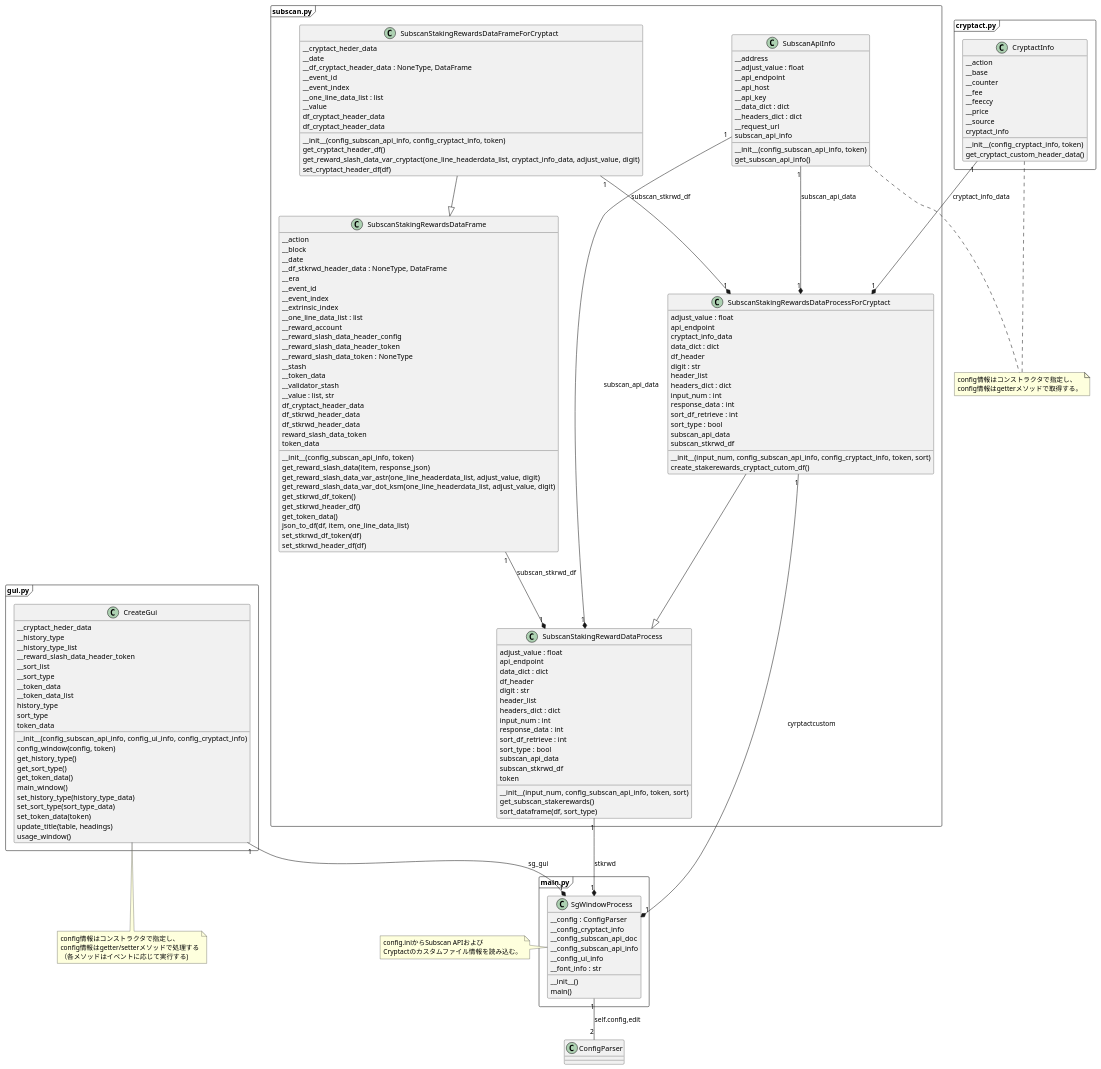
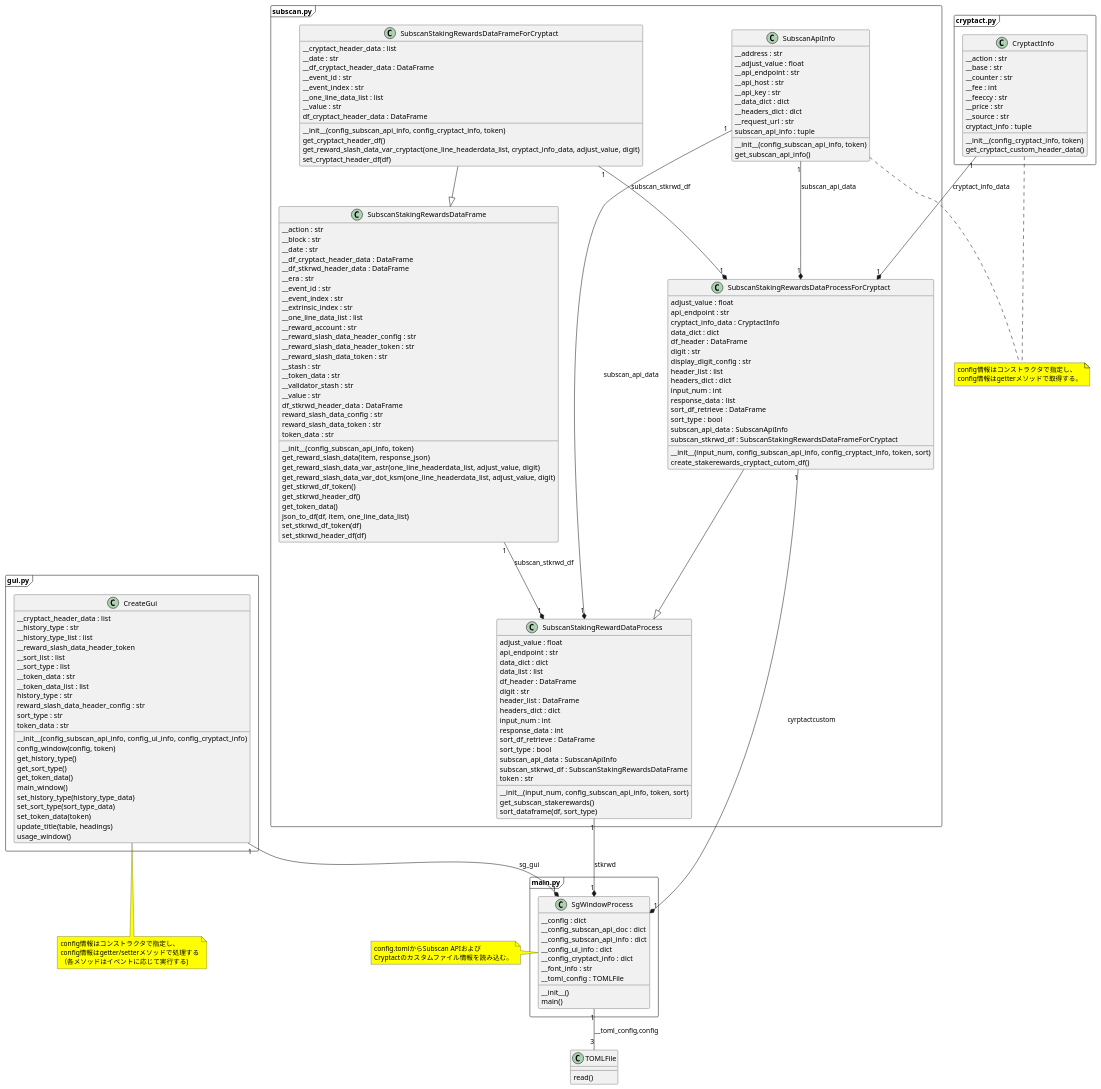
Before and after one commit to 7rikazhexde/dlSubscanStakingRewardsHistory: the diagram in uml/classes_dlSubscanStakingRewardsHistory/classes_dlSubscanStakingRewardsHistory.puml, drawn with PlantUML. The commit also changed 7 other files, not shown here.

```diff
--- a/uml/classes_dlSubscanStakingRewardsHistory/classes_dlSubscanStakingRewardsHistory.puml
+++ b/uml/classes_dlSubscanStakingRewardsHistory/classes_dlSubscanStakingRewardsHistory.puml
@@ -1,182 +1,187 @@
 @startuml classes_dlSubscanStakingRewardsHistory
+'!theme none
 set namespaceSeparator none
 
 package main.py <<Frame>>{
   class "SgWindowProcess" as src.main.SgWindowProcess {
-    __config : ConfigParser
-    __config_cryptact_info
-    __config_subscan_api_doc
-    __config_subscan_api_info
-    __config_ui_info
+    __config : dict
+    __config_subscan_api_doc : dict
+    __config_subscan_api_info : dict
+    __config_ui_info : dict
+    __config_cryptact_info : dict
     __font_info : str
+    __toml_config : TOMLFile
     __init__()
     main()
   }
 }
-note left: config.iniからSubscan APIおよび\nCryptactのカスタムファイル情報を読み込む。
+note left #Yellow: config.tomlからSubscan APIおよび\nCryptactのカスタムファイル情報を読み込む。
 
-class "ConfigParser" as configparser.ConfigParser {
+class "TOMLFile" as tomlfile.TOMLFile {
+  read()
 }
 
 package gui.py <<Frame>>{
   class "CreateGui" as src.gui.CreateGui {
-    __cryptact_heder_data
-    __history_type
-    __history_type_list
+    __cryptact_header_data : list
+    __history_type : str
+    __history_type_list : list
     __reward_slash_data_header_token
-    __sort_list
-    __sort_type
-    __token_data
-    __token_data_list
-    history_type
-    sort_type
-    token_data
+    __sort_list : list
+    __sort_type : list
+    __token_data : str
+    __token_data_list : list
+    history_type : str
+    reward_slash_data_header_config : str
+    sort_type : str
+    token_data : str
     __init__(config_subscan_api_info, config_ui_info, config_cryptact_info)
     config_window(config, token)
     get_history_type()
     get_sort_type()
     get_token_data()
     main_window()
     set_history_type(history_type_data)
     set_sort_type(sort_type_data)
     set_token_data(token)
     update_title(table, headings)
     usage_window()
   }
 }
-note bottom: config情報はコンストラクタで指定し、\nconfig情報はgetter/setterメソッドで処理する\n（各メソッドはイベントに応じて実行する)\
+note bottom #Yellow: config情報はコンストラクタで指定し、\nconfig情報はgetter/setterメソッドで処理する\n（各メソッドはイベントに応じて実行する)\
 
 package cryptact.py <<Frame>>{
   class "CryptactInfo" as src.cryptact.CryptactInfo {
-    __action
-    __base
-    __counter
-    __fee
-    __feeccy
-    __price
-    __source
-    cryptact_info
+    __action : str
+    __base : str
+    __counter : str
+    __fee : int
+    __feeccy : str
+    __price : str
+    __source : str
+    cryptact_info : tuple
     __init__(config_cryptact_info, token)
     get_cryptact_custom_header_data()
   }
 }
 
 package subscan.py <<Frame>>{
   class "SubscanApiInfo" as src.subscan.SubscanApiInfo {
-    __address
+    __address : str
     __adjust_value : float
-    __api_endpoint
-    __api_host
-    __api_key
+    __api_endpoint : str
+    __api_host : str
+    __api_key : str
     __data_dict : dict
     __headers_dict : dict
-    __request_url
-    subscan_api_info
+    __request_url : str
+    subscan_api_info : tuple
     __init__(config_subscan_api_info, token)
     get_subscan_api_info()
   }
 
   class "SubscanStakingRewardDataProcess" as src.subscan.SubscanStakingRewardDataProcess {
     adjust_value : float
-    api_endpoint
+    api_endpoint : str
     data_dict : dict
-    df_header
+    data_list : list
+    df_header : DataFrame
     digit : str
-    header_list
+    header_list : DataFrame
     headers_dict : dict
     input_num : int
     response_data : int
-    sort_df_retrieve : int
+    sort_df_retrieve : DataFrame
     sort_type : bool
-    subscan_api_data
-    subscan_stkrwd_df
-    token
+    subscan_api_data : SubscanApiInfo
+    subscan_stkrwd_df : SubscanStakingRewardsDataFrame
+    token : str
     __init__(input_num, config_subscan_api_info, token, sort)
     get_subscan_stakerewards()
     sort_dataframe(df, sort_type)
   }
   class "SubscanStakingRewardsDataFrame" as src.subscan.SubscanStakingRewardsDataFrame {
-    __action
-    __block
-    __date
-    __df_stkrwd_header_data : NoneType, DataFrame
-    __era
-    __event_id
-    __event_index
-    __extrinsic_index
+    __action : str
+    __block : str
+    __date : str
+    __df_cryptact_header_data : DataFrame
+    __df_stkrwd_header_data : DataFrame
+    __era : str
+    __event_id : str
+    __event_index : str
+    __extrinsic_index : str
     __one_line_data_list : list
-    __reward_account
-    __reward_slash_data_header_config
-    __reward_slash_data_header_token
-    __reward_slash_data_token : NoneType
-    __stash
-    __token_data
-    __validator_stash
-    __value : list, str
-    df_cryptact_header_data
-    df_stkrwd_header_data
-    df_stkrwd_header_data
-    reward_slash_data_token
-    token_data
+    __reward_account : str
+    __reward_slash_data_header_config : str
+    __reward_slash_data_header_token : str
+    __reward_slash_data_token : str
+    __stash : str
+    __token_data : str
+    __validator_stash : str
+    __value : str
+    df_stkrwd_header_data : DataFrame
+    reward_slash_data_config : str
+    reward_slash_data_token : str
+    token_data : str
     __init__(config_subscan_api_info, token)
     get_reward_slash_data(item, response_json)
     get_reward_slash_data_var_astr(one_line_headerdata_list, adjust_value, digit)
     get_reward_slash_data_var_dot_ksm(one_line_headerdata_list, adjust_value, digit)
     get_stkrwd_df_token()
     get_stkrwd_header_df()
     get_token_data()
     json_to_df(df, item, one_line_data_list)
     set_stkrwd_df_token(df)
     set_stkrwd_header_df(df)
   }
   class "SubscanStakingRewardsDataFrameForCryptact" as src.subscan.SubscanStakingRewardsDataFrameForCryptact {
-    __cryptact_heder_data
-    __date
-    __df_cryptact_header_data : NoneType, DataFrame
-    __event_id
-    __event_index
+    __cryptact_header_data : list
+    __date : str
+    __df_cryptact_header_data : DataFrame
+    __event_id : str
+    __event_index : str
     __one_line_data_list : list
-    __value
-    df_cryptact_header_data
-    df_cryptact_header_data
+    __value : str
+    df_cryptact_header_data : DataFrame
     __init__(config_subscan_api_info, config_cryptact_info, token)
     get_cryptact_header_df()
     get_reward_slash_data_var_cryptact(one_line_headerdata_list, cryptact_info_data, adjust_value, digit)
     set_cryptact_header_df(df)
   }
   class "SubscanStakingRewardsDataProcessForCryptact" as src.subscan.SubscanStakingRewardsDataProcessForCryptact {
     adjust_value : float
-    api_endpoint
-    cryptact_info_data
+    api_endpoint : str
+    cryptact_info_data : CryptactInfo
     data_dict : dict
-    df_header
+    df_header : DataFrame
     digit : str
-    header_list
+    display_digit_config : str
+    header_list : list
     headers_dict : dict
     input_num : int
-    response_data : int
-    sort_df_retrieve : int
+    response_data : list
+    sort_df_retrieve : DataFrame
     sort_type : bool
-    subscan_api_data
-    subscan_stkrwd_df
+    subscan_api_data : SubscanApiInfo
+    subscan_stkrwd_df : SubscanStakingRewardsDataFrameForCryptact
     __init__(input_num, config_subscan_api_info, config_cryptact_info, token, sort)
     create_stakerewards_cryptact_cutom_df()
   }
 }
 
-note "config情報はコンストラクタで指定し、\nconfig情報はgetterメソッドで取得する。" as N2
+note "config情報はコンストラクタで指定し、\nconfig情報はgetterメソッドで取得する。" as N2 #Yellow
 src.subscan.SubscanApiInfo .. N2
 src.cryptact.CryptactInfo .. N2
 
-src.main.SgWindowProcess "1" -- "2" configparser.ConfigParser : self.config,edit
+src.main.SgWindowProcess "1" -- "3" tomlfile.TOMLFile : __toml_config,config
 src.gui.CreateGui "1" --* "1" src.main.SgWindowProcess : sg_gui
 src.subscan.SubscanStakingRewardDataProcess "1" --* "1" src.main.SgWindowProcess : stkrwd
 src.subscan.SubscanStakingRewardsDataProcessForCryptact "1" --* "1" src.main.SgWindowProcess : cyrptactcustom
 src.subscan.SubscanStakingRewardsDataFrameForCryptact --|> src.subscan.SubscanStakingRewardsDataFrame
 src.subscan.SubscanStakingRewardsDataProcessForCryptact --|> src.subscan.SubscanStakingRewardDataProcess
 src.subscan.SubscanApiInfo "1" --* "1" src.subscan.SubscanStakingRewardDataProcess : subscan_api_data
 src.subscan.SubscanApiInfo "1" --* "1" src.subscan.SubscanStakingRewardsDataProcessForCryptact : subscan_api_data
 src.subscan.SubscanStakingRewardsDataFrame "1" --* "1" src.subscan.SubscanStakingRewardDataProcess : subscan_stkrwd_df
 src.subscan.SubscanStakingRewardsDataFrameForCryptact "1" --* "1" src.subscan.SubscanStakingRewardsDataProcessForCryptact : subscan_stkrwd_df
 src.cryptact.CryptactInfo "1" --* "1" src.subscan.SubscanStakingRewardsDataProcessForCryptact : cryptact_info_data
 @enduml
```
